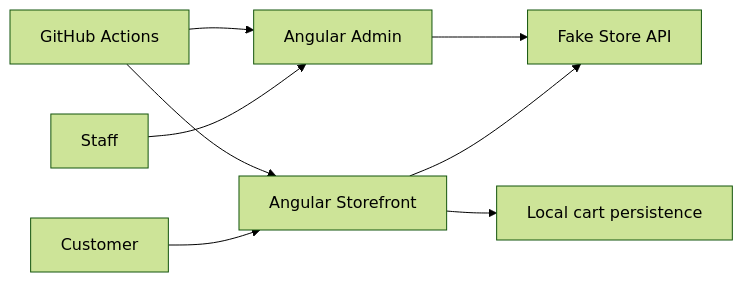
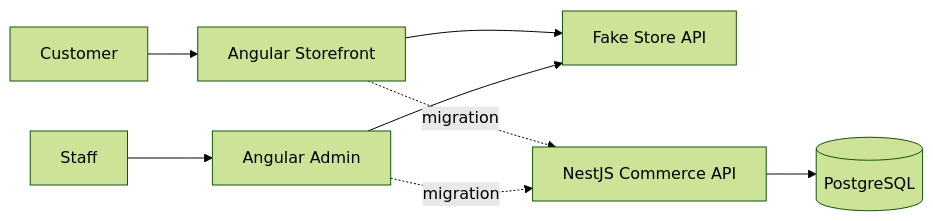
Before and after one commit to SamirNexus/Market: the first of 2 diagrams in docs/ARCHITECTURE.md, drawn with Mermaid (forest theme). The commit also changed other lines of this file, not shown here.

Commit message:
Define single-product production architecture

````diff
--- a/docs/ARCHITECTURE.md
+++ b/docs/ARCHITECTURE.md
@@ -14,12 +15,13 @@
 ```mermaid
 flowchart LR
   Customer[Customer] --> Storefront[Angular Storefront]
   Staff[Staff] --> Admin[Angular Admin]
 
   Storefront --> DemoAPI[Fake Store API]
   Admin --> DemoAPI
-  Storefront --> LocalCart[Local cart persistence]
 
-  CI[GitHub Actions] --> Storefront
-  CI --> Admin
+  Storefront -. migration .-> API[NestJS Commerce API]
+  Admin -. migration .-> API
+
+  API --> DB[(PostgreSQL)]
 ```
````
